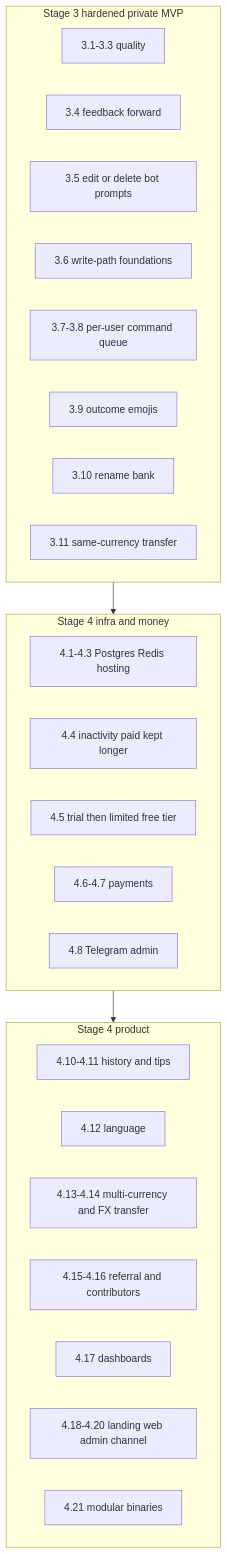
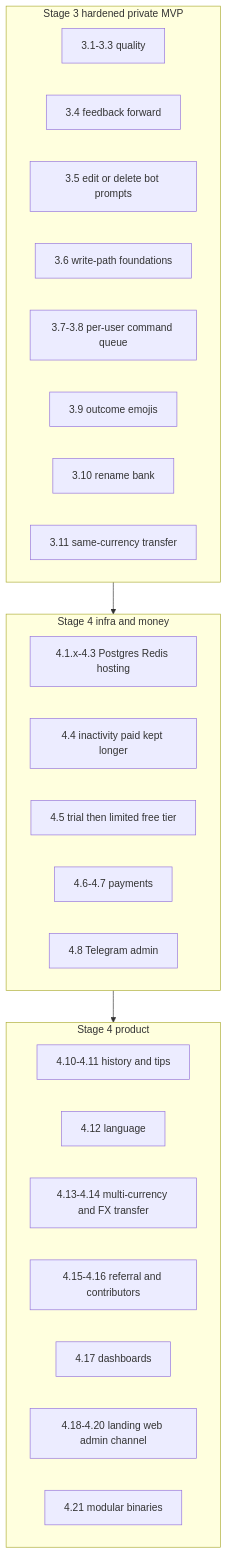
The diagram in docs/sdd/requirements.md (undochlorine/finbot), drawn with Mermaid before and after one commit. The commit also changed other lines of this file and 13 other files, not shown here.

````diff
--- a/docs/sdd/requirements.md
+++ b/docs/sdd/requirements.md
@@ -24,30 +24,30 @@
 ```mermaid
 flowchart TB
   subgraph stage3 [Stage 3 hardened private MVP]
     lint[3.1-3.3 quality]
     fb[3.4 feedback forward]
     hygiene[3.5 edit or delete bot prompts]
     hooks[3.6 write-path foundations]
     queue[3.7-3.8 per-user command queue]
     emoji[3.9 outcome emojis]
     rename[3.10 rename bank]
     xfer[3.11 same-currency transfer]
   end
   subgraph stage4infra [Stage 4 infra and money]
-    pg[4.1-4.3 Postgres Redis hosting]
+    pg[4.1.x-4.3 Postgres Redis hosting]
     retain[4.4 inactivity paid kept longer]
     free[4.5 trial then limited free tier]
     pay[4.6-4.7 payments]
     adm[4.8 Telegram admin]
   end
   subgraph stage4product [Stage 4 product]
     hist[4.10-4.11 history and tips]
     i18n[4.12 language]
     fx[4.13-4.14 multi-currency and FX transfer]
     growth[4.15-4.16 referral and contributors]
     ops[4.17 dashboards]
     web[4.18-4.20 landing web admin channel]
     split[4.21 modular binaries]
   end
   stage3 --> stage4infra --> stage4product
 ```
````
